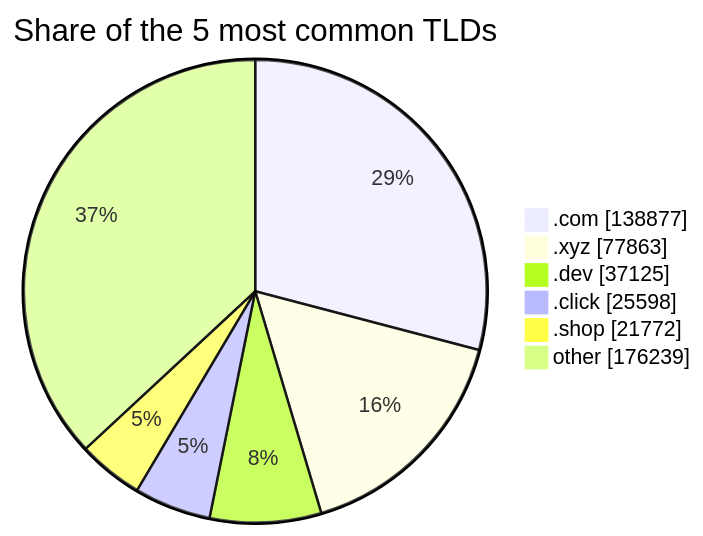
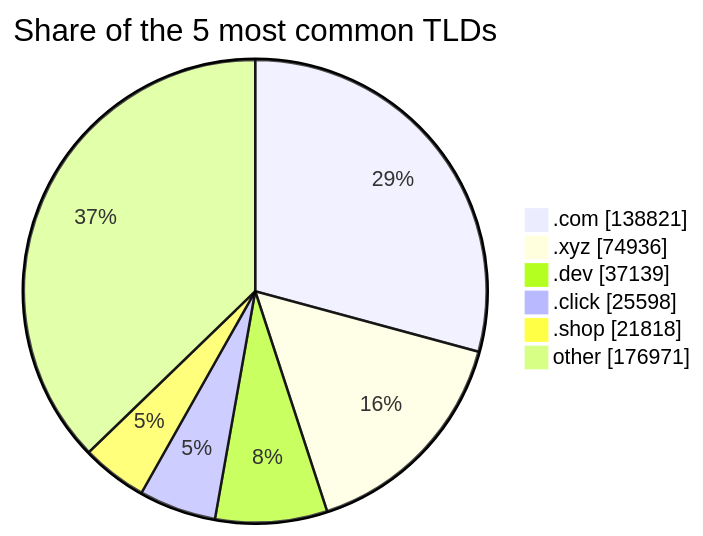
Before and after one commit to DNSBunker/CTI: the third of 3 diagrams in README.md, drawn with Mermaid. The commit also changed other lines of this file and 3 other files, not shown here.

````diff
--- a/README.md
+++ b/README.md
@@ -81,9 +81,9 @@
 ```mermaid
 pie showData title Share of the 5 most common TLDs
-    ".com" : 138877
-    ".xyz" : 77863
-    ".dev" : 37125
+    ".com" : 138821
+    ".xyz" : 74936
+    ".dev" : 37139
     ".click" : 25598
-    ".shop" : 21772
-    "other" : 176239
+    ".shop" : 21818
+    "other" : 176971
 ```
````
